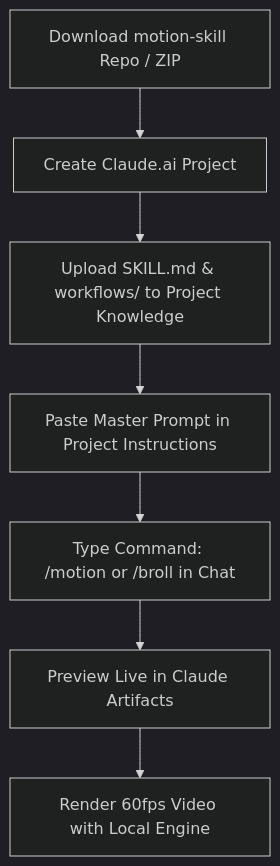
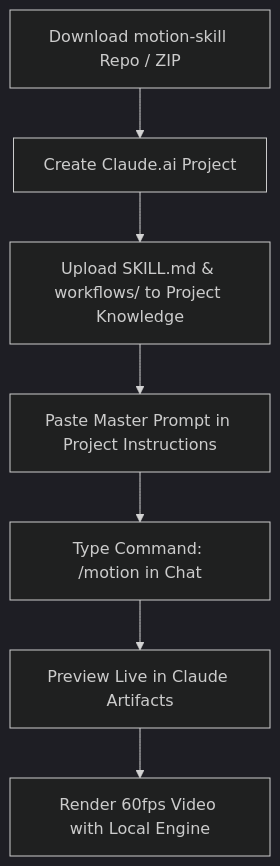
One commit to mrrajrumel/motion-skill changed the diagram in README.md. Above: the diagram before and after it, drawn with Mermaid (dark theme). The commit also changed other lines of this file and 1 other file, not shown here.

Commit message:
Refine documentation: community-built skill, /motion command clarity, Antigravity option, motion-skill root naming

````diff
--- a/README.md
+++ b/README.md
@@ -101,9 +102,9 @@
 ```mermaid
 graph TD
     A["Download motion-skill Repo / ZIP"] --> B["Create Claude.ai Project"]
     B --> C["Upload SKILL.md & workflows/ to Project Knowledge"]
     C --> D["Paste Master Prompt in Project Instructions"]
-    D --> E["Type Command: /motion or /broll in Chat"]
+    D --> E["Type Command: /motion in Chat"]
     E --> F["Preview Live in Claude Artifacts"]
     F --> G["Render 60fps Video with Local Engine"]
 ```
````
